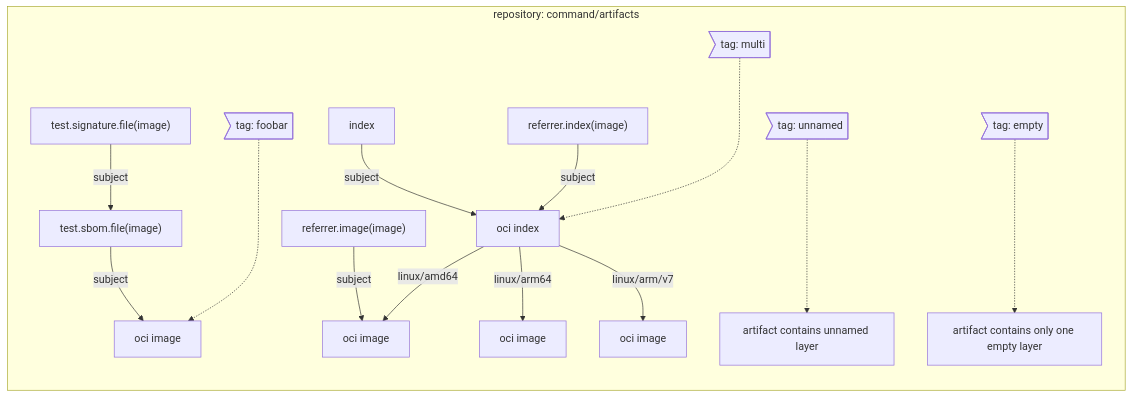
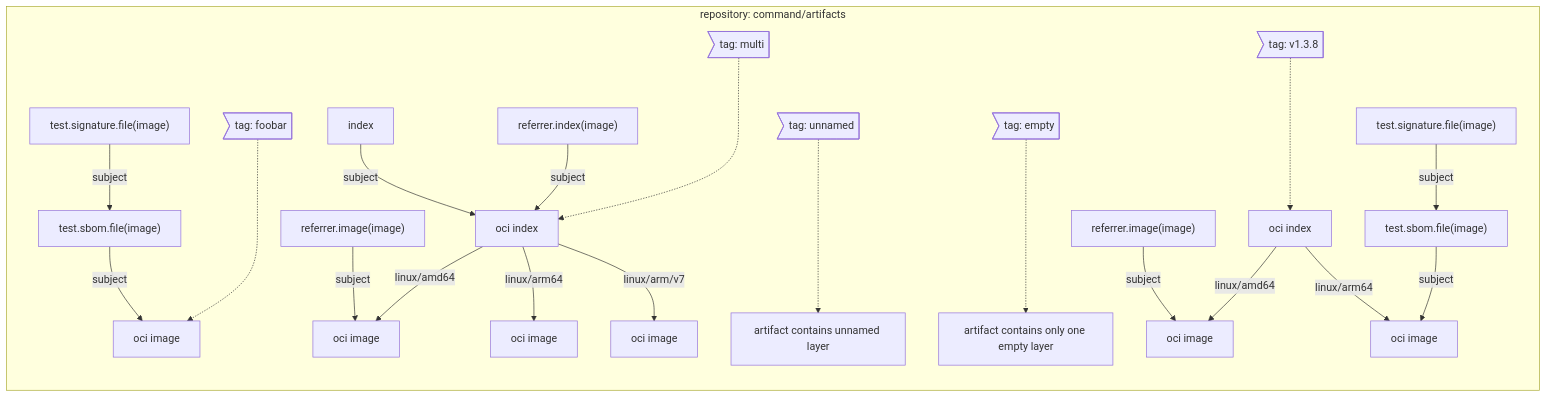
The fifth of 5 diagrams in test/e2e/README.md (oras-project/oras), drawn with Mermaid before and after one commit. The commit also changed 16 other files, not shown here.

````diff
--- a/test/e2e/README.md
+++ b/test/e2e/README.md
@@ -181,23 +181,31 @@
 ```mermaid
 graph TD;
     subgraph "repository: command/artifacts"
         direction TB
         C0>tag: foobar]-..->C1[oci image]
         
         direction TB
         direction TB
         D1["test.sbom.file(image)"] -- subject --> C1
         D2["test.signature.file(image)"] -- subject --> D1
         direction TB
         F0>tag: multi]-..->F1[oci index]
         F1--linux/amd64-->F2[oci image]
         F1--linux/arm64-->F3[oci image]
         F1--linux/arm/v7-->F4[oci image]
         G1["referrer.index(image)"] -- subject --> F1
         G2["referrer.image(image)"] -- subject --> F2
         G3["index"] -- subject --> F1
         
         H0>tag: unnamed]-..->H1["artifact contains unnamed layer"]
         I0>tag: empty]-..->I1["artifact contains only one empty layer"]
+
+        J0>tag: v1.3.8]-..->J1[oci index]
+        J1--linux/amd64-->J2[oci image]
+        J3["referrer.image(image)"] -- subject --> J2
+        J5["test.sbom.file(image)"] -- subject --> J4
+        J6["test.signature.file(image)"] -- subject --> J5
+        J1--linux/arm64-->J4[oci image]
+
     end
 ```
````
